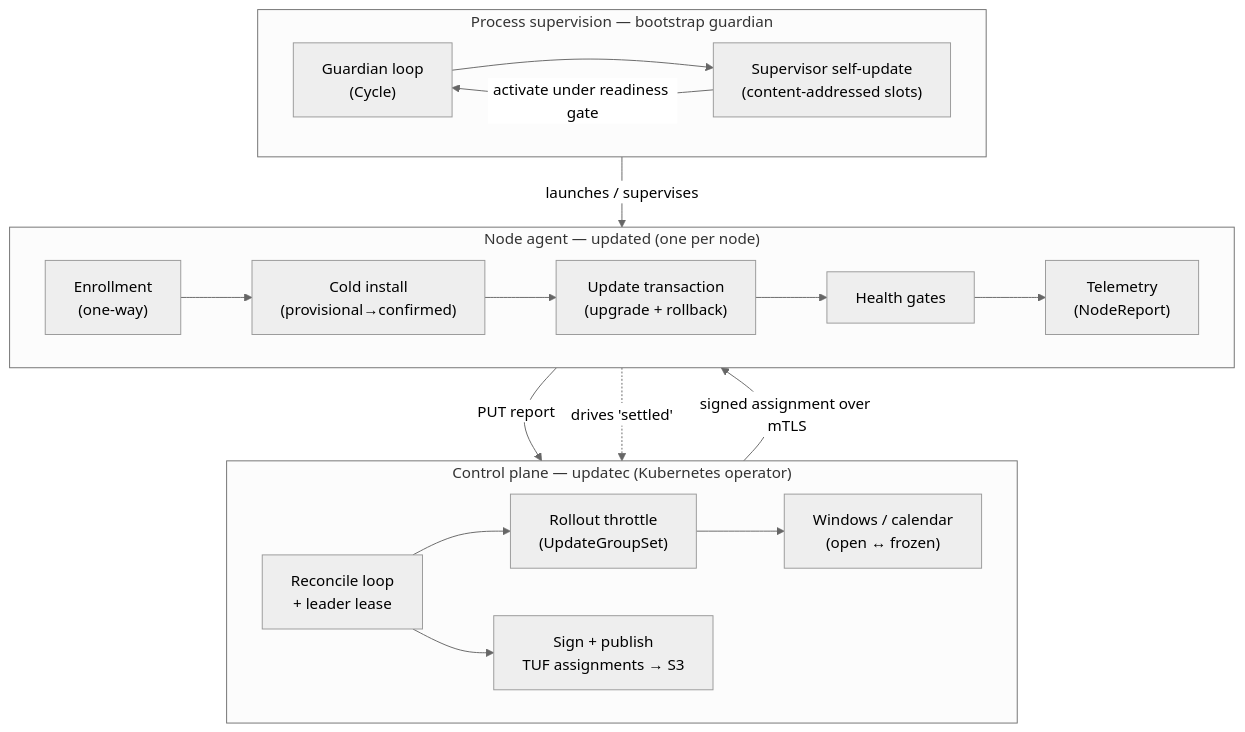
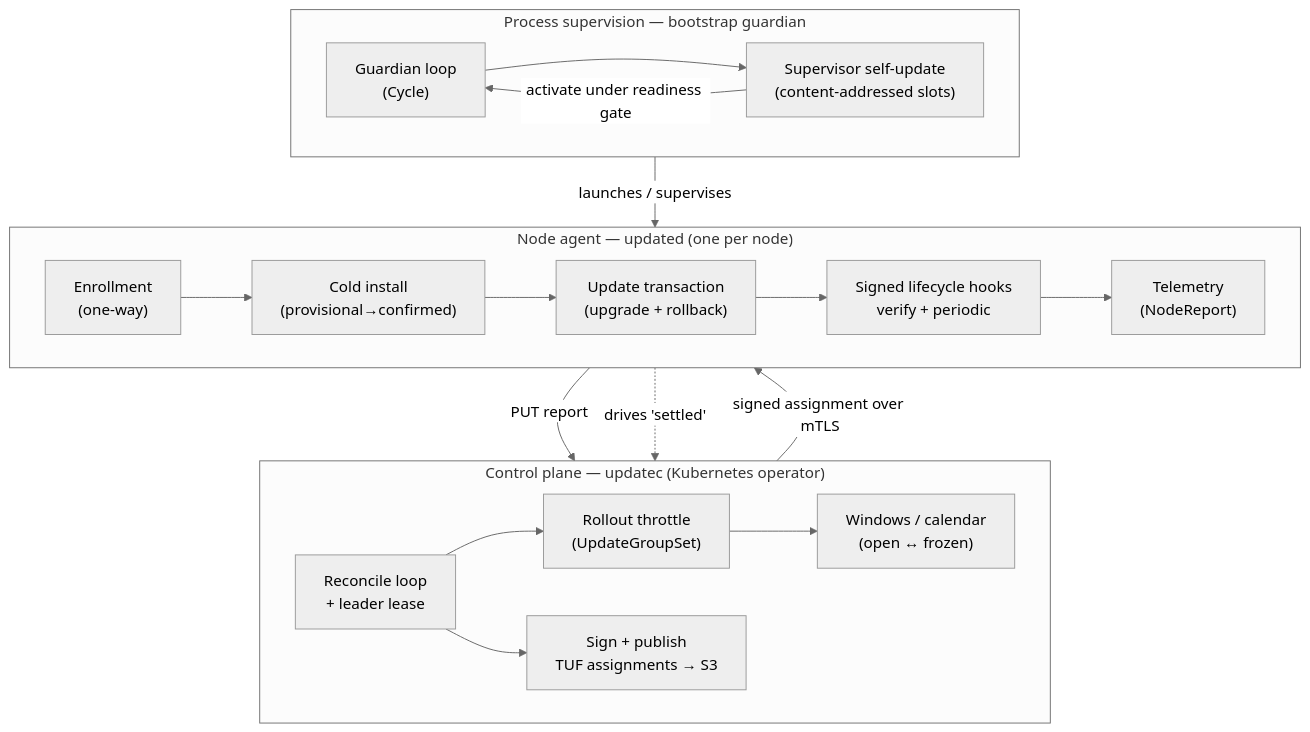
The first of 13 diagrams in docs/state-machines.md (evan-hines-js/updatedc), drawn with Mermaid (neutral theme) before and after one commit. The commit also changed other lines of this file and 69 other files, not shown here.

````diff
--- a/docs/state-machines.md
+++ b/docs/state-machines.md
@@ -12,26 +12,26 @@
 ```mermaid
 flowchart TB
     subgraph CP["Control plane — updatec (Kubernetes operator)"]
         direction LR
         RL["Reconcile loop<br/>+ leader lease"] --> TH["Rollout throttle<br/>(UpdateGroupSet)"]
         TH --> WIN["Windows / calendar<br/>(open ↔ frozen)"]
         RL --> PUB["Sign + publish<br/>TUF assignments → S3"]
     end
     subgraph NODE["Node agent — updated (one per node)"]
         direction LR
         ENR["Enrollment<br/>(one-way)"] --> INST["Cold install<br/>(provisional→confirmed)"]
         INST --> UPD["Update transaction<br/>(upgrade + rollback)"]
-        UPD --> HG["Health gates"]
-        HG --> TEL["Telemetry<br/>(NodeReport)"]
+        UPD --> HOOKS["Signed lifecycle hooks<br/>verify + periodic"]
+        HOOKS --> TEL["Telemetry<br/>(NodeReport)"]
     end
     subgraph GUARD["Process supervision — bootstrap guardian"]
         direction LR
         GS["Guardian loop<br/>(Cycle)"] --> SU["Supervisor self-update<br/>(content-addressed slots)"]
     end
 
     PUB -->|signed assignment over mTLS| ENR
     TEL -->|PUT report| PUB
     TEL -.->|drives 'settled'| TH
     GS -->|launches / supervises| UPD
     SU -->|activate under readiness gate| GS
 ```
````
